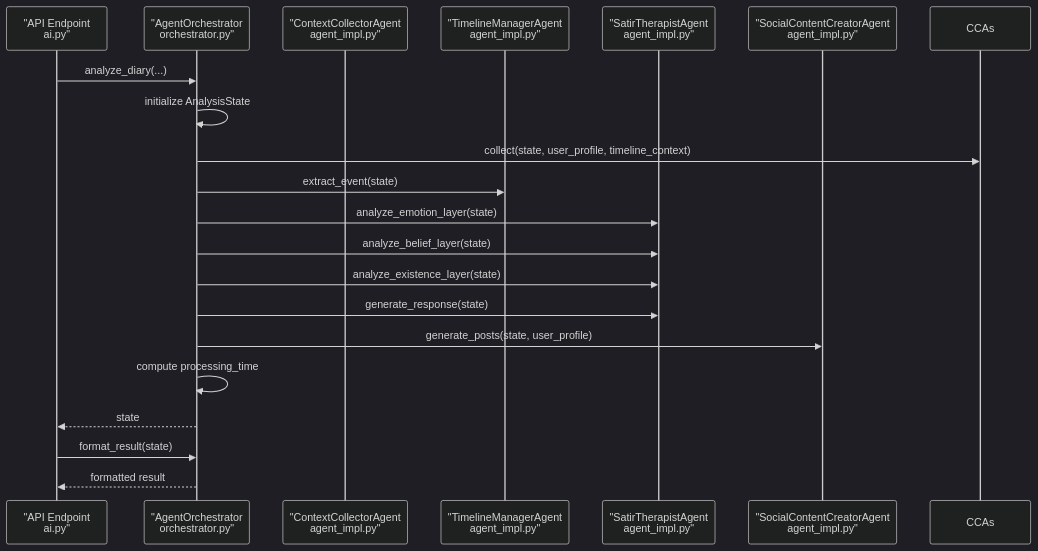
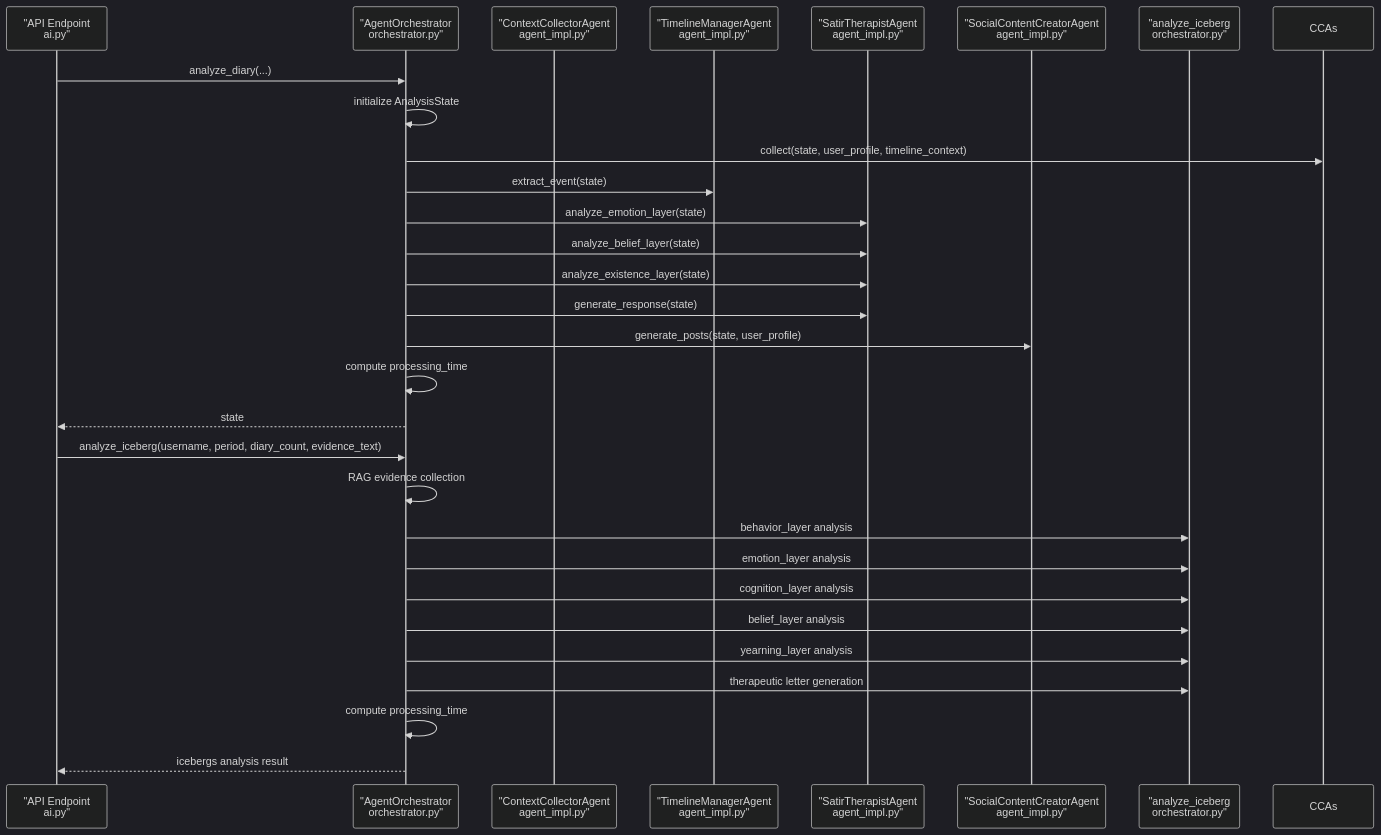
One commit to rainRise/aidiary changed the second of 4 diagrams in .qoder/repowiki/en/content/AI and Machine Learning/Multi-Agent System/Agent Orchestrator.md. Above: the diagram before and after it, drawn with Mermaid (dark theme). The commit also changed other lines of this file and 21 other files, not shown here.

````diff
--- a/.qoder/repowiki/en/content/AI and Machine Learning/Multi-Agent System/Agent Orchestrator.md
+++ b/.qoder/repowiki/en/content/AI and Machine Learning/Multi-Agent System/Agent Orchestrator.md
@@ -101,22 +116,31 @@
 ```mermaid
 sequenceDiagram
 participant API as "API Endpoint<br/>ai.py"
 participant Orchestrator as "AgentOrchestrator<br/>orchestrator.py"
 participant CCA as "ContextCollectorAgent<br/>agent_impl.py"
 participant TMA as "TimelineManagerAgent<br/>agent_impl.py"
 participant STA as "SatirTherapistAgent<br/>agent_impl.py"
 participant SCA as "SocialContentCreatorAgent<br/>agent_impl.py"
+participant ICE as "analyze_iceberg<br/>orchestrator.py"
 API->>Orchestrator : analyze_diary(...)
 Orchestrator->>Orchestrator : initialize AnalysisState
 Orchestrator->>CCAs : collect(state, user_profile, timeline_context)
 Orchestrator->>TMA : extract_event(state)
 Orchestrator->>STA : analyze_emotion_layer(state)
 Orchestrator->>STA : analyze_belief_layer(state)
 Orchestrator->>STA : analyze_existence_layer(state)
 Orchestrator->>STA : generate_response(state)
 Orchestrator->>SCA : generate_posts(state, user_profile)
 Orchestrator->>Orchestrator : compute processing_time
 Orchestrator-->>API : state
-API->>Orchestrator : format_result(state)
-Orchestrator-->>API : formatted result
+API->>Orchestrator : analyze_iceberg(username, period, diary_count, evidence_text)
+Orchestrator->>Orchestrator : RAG evidence collection
+Orchestrator->>ICE : behavior_layer analysis
+Orchestrator->>ICE : emotion_layer analysis
+Orchestrator->>ICE : cognition_layer analysis
+Orchestrator->>ICE : belief_layer analysis
+Orchestrator->>ICE : yearning_layer analysis
+Orchestrator->>ICE : therapeutic letter generation
+Orchestrator->>Orchestrator : compute processing_time
+Orchestrator-->>API : icebergs analysis result
 ```
````
